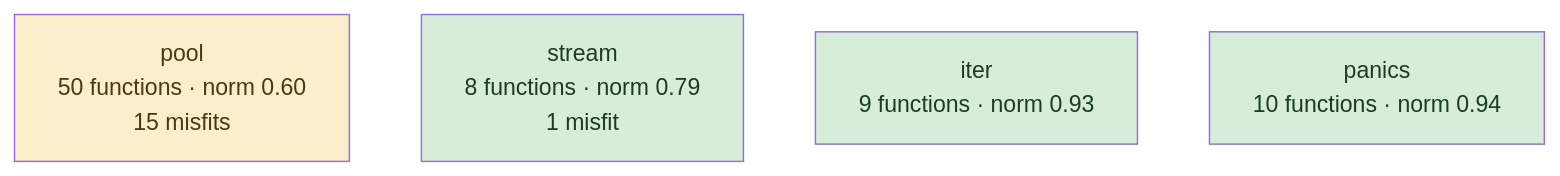
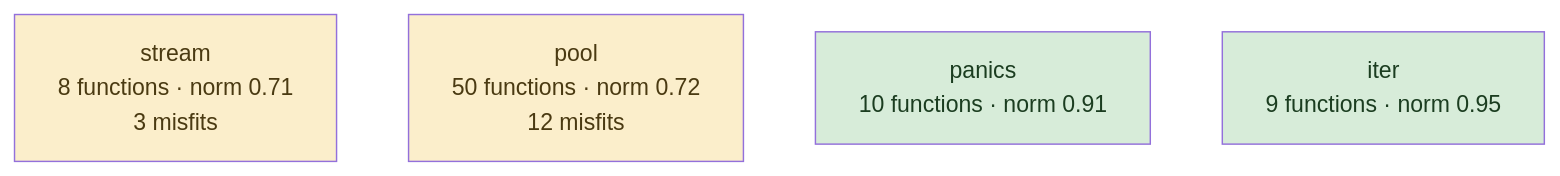
Before and after one commit to LukasSelin/doppel: the third of 8 diagrams in examples/conc.md, drawn with Mermaid. The commit also changed other lines of this file and 66 other files, not shown here.

````diff
--- a/examples/conc.md
+++ b/examples/conc.md
@@ -125,12 +112,12 @@
 ```mermaid
 flowchart TD
-    h0["pool<br/>50 functions · norm 0.60<br/>15 misfits"]
-    h1["stream<br/>8 functions · norm 0.79<br/>1 misfit"]
-    h2["iter<br/>9 functions · norm 0.93"]
-    h3["panics<br/>10 functions · norm 0.94"]
+    h0["stream<br/>8 functions · norm 0.71<br/>3 misfits"]
+    h1["pool<br/>50 functions · norm 0.72<br/>12 misfits"]
+    h2["panics<br/>10 functions · norm 0.91"]
+    h3["iter<br/>9 functions · norm 0.95"]
     classDef good fill:#d7ecd9,color:#1b3d20
     classDef warn fill:#fbeecb,color:#4a3a12
     classDef hot fill:#f7d6d6,color:#4a1c1c
-    class h1,h2,h3 good
-    class h0 warn
+    class h2,h3 good
+    class h0,h1 warn
 ```
````
